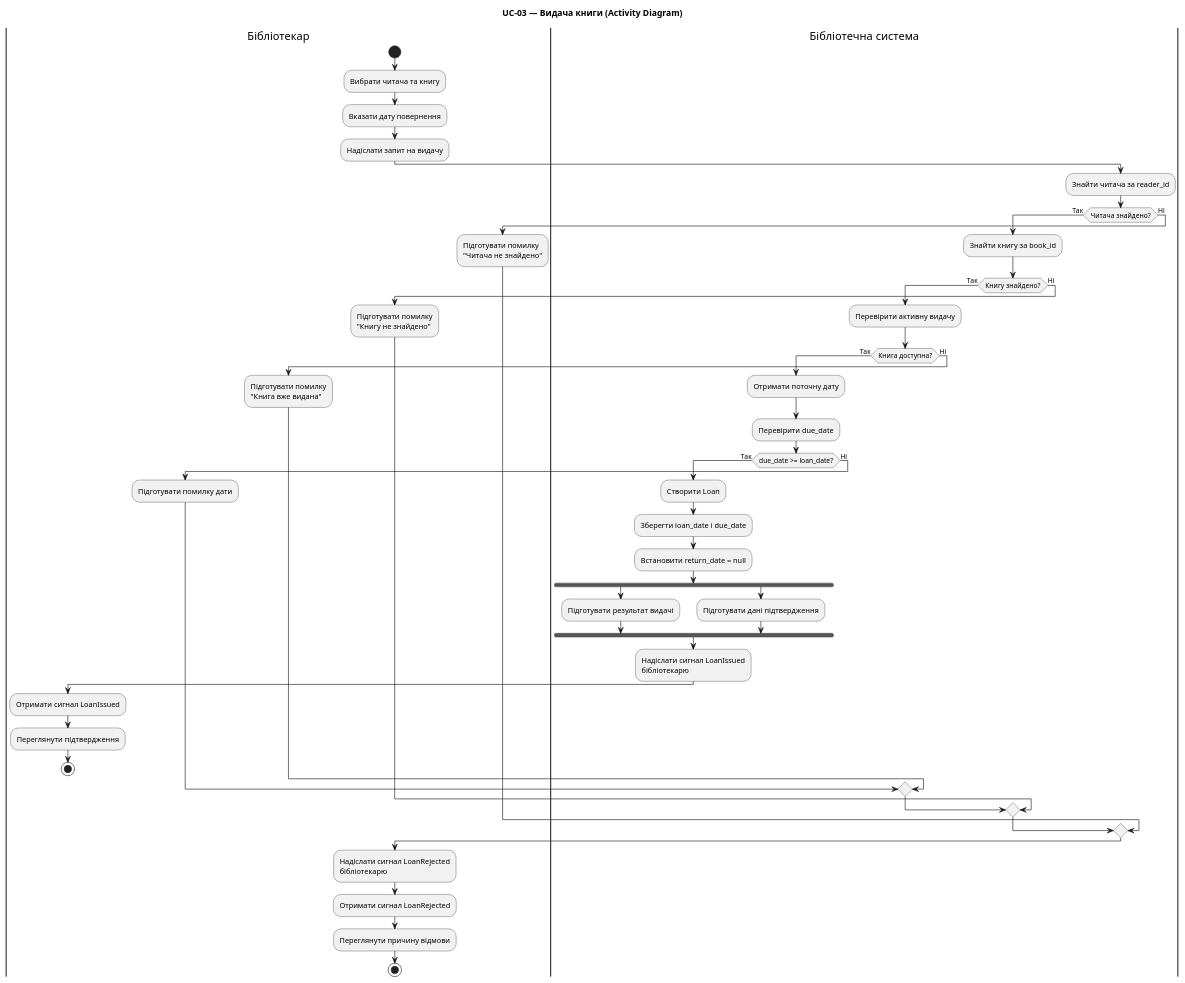
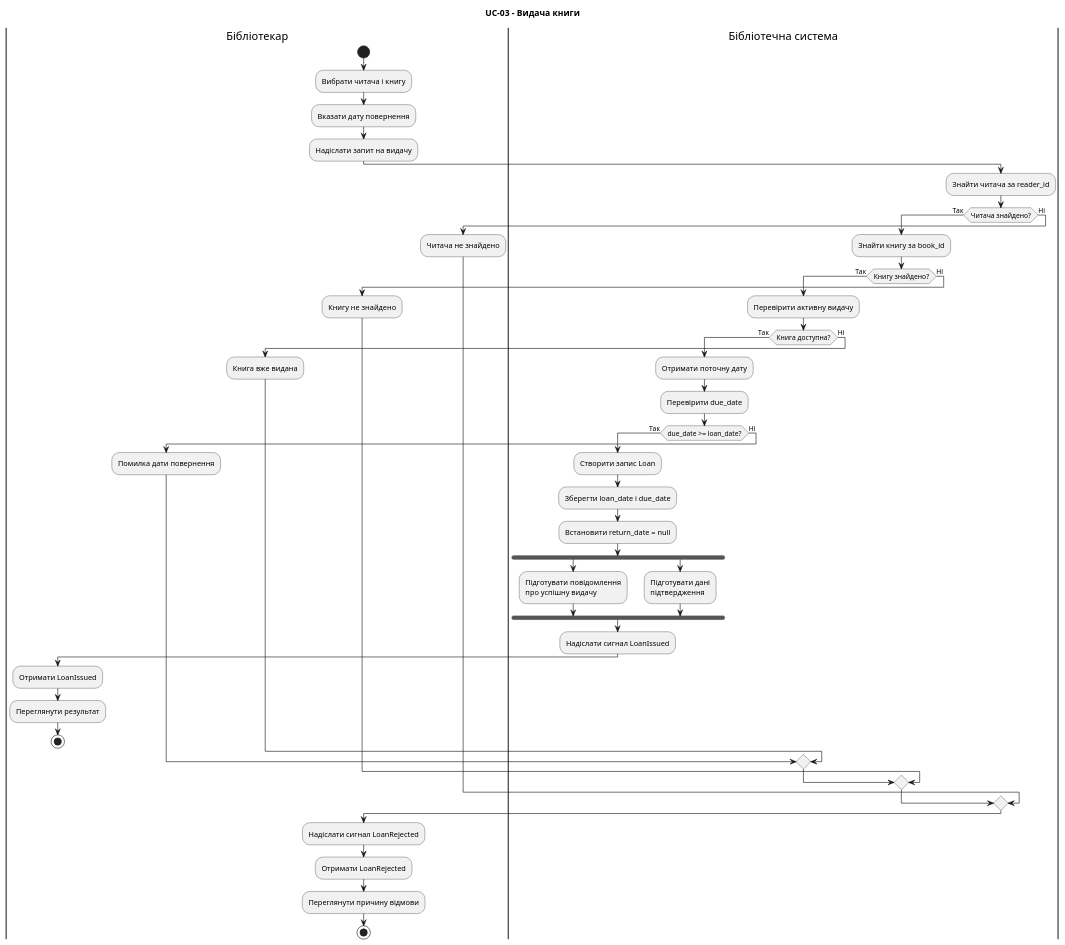
The diagram in diagrams/book-loan-activity.puml (xdddd1234/lab4), drawn with PlantUML before and after one commit.

Commit message:
fix: clarify loan activity messages

```diff
--- a/diagrams/book-loan-activity.puml
+++ b/diagrams/book-loan-activity.puml
@@ -2,69 +2,65 @@
 @startuml
-title UC-03 — Видача книги (Activity Diagram)
+title UC-03 - Видача книги
 
 |Бібліотекар|
 start
-:Вибрати читача та книгу;
+:Вибрати читача і книгу;
 :Вказати дату повернення;
 :Надіслати запит на видачу;
 
 |Бібліотечна система|
 :Знайти читача за reader_id;
 
 if (Читача знайдено?) then (Так)
   :Знайти книгу за book_id;
 
   if (Книгу знайдено?) then (Так)
     :Перевірити активну видачу;
 
     if (Книга доступна?) then (Так)
       :Отримати поточну дату;
       :Перевірити due_date;
 
       if (due_date >= loan_date?) then (Так)
-        :Створити Loan;
+        :Створити запис Loan;
         :Зберегти loan_date і due_date;
         :Встановити return_date = null;
 
         fork
-          :Підготувати результат видачі;
+          :Підготувати повідомлення
+          про успішну видачу;
         fork again
-          :Підготувати дані підтвердження;
+          :Підготувати дані
+          підтвердження;
         end fork
 
-        :Надіслати сигнал LoanIssued
-        бібліотекарю;
-
+        :Надіслати сигнал LoanIssued;
         |Бібліотекар|
-        :Отримати сигнал LoanIssued;
-        :Переглянути підтвердження;
+        :Отримати LoanIssued;
+        :Переглянути результат;
         stop
 
       else (Ні)
-        :Підготувати помилку дати;
+        :Помилка дати повернення;
       endif
 
     else (Ні)
-      :Підготувати помилку
-      "Книга вже видана";
+      :Книга вже видана;
     endif
 
   else (Ні)
-    :Підготувати помилку
-    "Книгу не знайдено";
+    :Книгу не знайдено;
   endif
 
 else (Ні)
-  :Підготувати помилку
-  "Читача не знайдено";
+  :Читача не знайдено;
 endif
 
-:Надіслати сигнал LoanRejected
-бібліотекарю;
+:Надіслати сигнал LoanRejected;
 
 |Бібліотекар|
-:Отримати сигнал LoanRejected;
+:Отримати LoanRejected;
 :Переглянути причину відмови;
 stop
 
 @enduml
```
